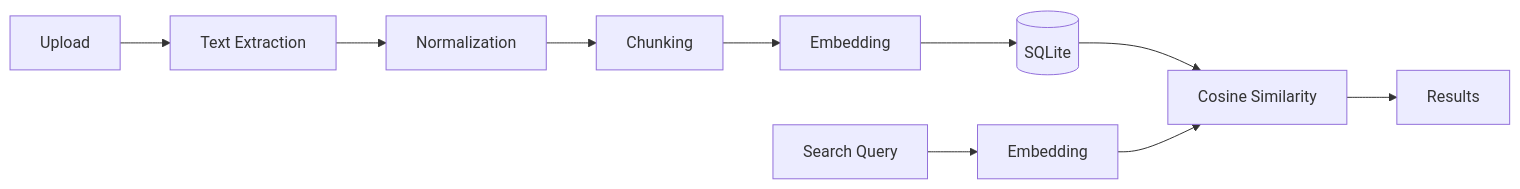
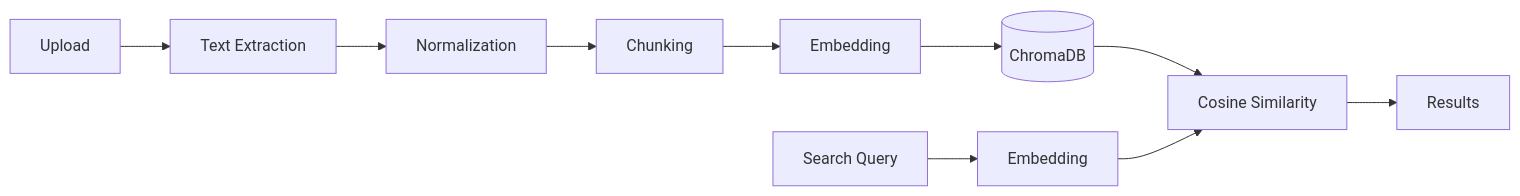
The diagram in README.md (moonlitrevery/DodocLens), drawn with Mermaid before and after one commit. The commit also changed other lines of this file and 2 other files, not shown here.

````diff
--- a/README.md
+++ b/README.md
@@ -55,12 +55,12 @@
 ```mermaid
 flowchart LR
   U[Upload] --> E[Text Extraction]
   E --> N[Normalization]
   N --> C[Chunking]
   C --> M[Embedding]
-  M --> DB[(SQLite)]
+  M --> DB[(ChromaDB)]
   Q[Search Query] --> MQ[Embedding]
   DB --> CS[Cosine Similarity]
   MQ --> CS
   CS --> R[Results]
 ```
````
